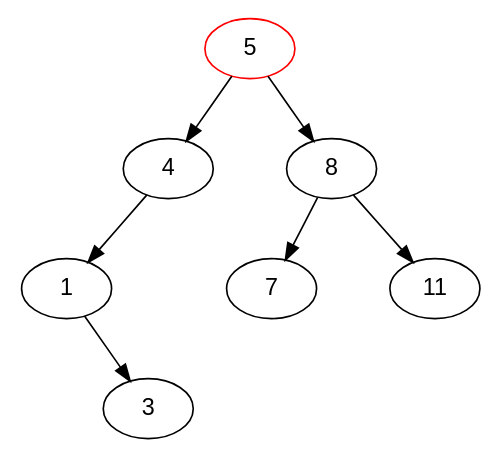
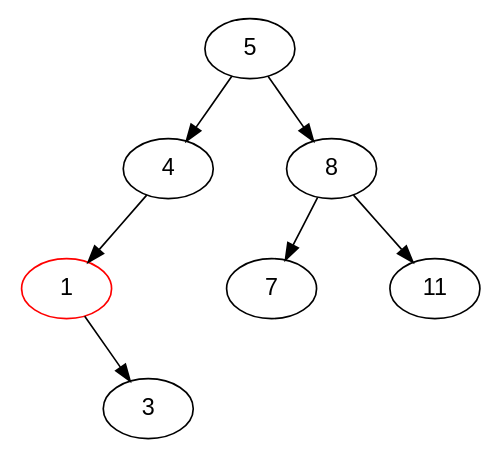
Before and after one commit to aaronbloomfield/pdr: the diagram in slides/graphs/bst-9.dot, drawn with Graphviz. The commit also changed 26 other files, not shown here.

```diff
--- a/slides/graphs/bst-9.dot
+++ b/slides/graphs/bst-9.dot
@@ -1,32 +1,32 @@
 digraph G {
 	graph [fontname = "Helvetica"];
 	node [fontname = "Helvetica"];
 	edge [fontname = "Helvetica"];
 
-	5 [color=red];
 	5 -> 4;
 	null1 [label="", width=0.1, style=invis];
 	5 -> null1 [style=invis];
 	5 -> 8;
 	{rank=same 4 -> null1 -> 8 [style=invis]};
 	
+	1 [color=red];
 	4 -> 1;
 	null2 [label="", width=0.1, style=invis];
 	4 -> null2 [style=invis];
 	null3 [label="", width=0.1, style=invis];
 	4 -> null3 [style=invis];
 	{rank=same 1 -> null2 -> null3 [style=invis]};
 	
 	null4 [label="", width=0.1, style=invis];
 	1 -> null4 [style=invis];
 	null5 [label="", width=0.1, style=invis];
 	1 -> null5 [style=invis];
 	1 -> 3;
 	{rank=same null4 -> null5 -> 3 [style=invis]};
 
 	8 -> 7;
 	null6 [label="", width=0.1, style=invis];
 	8 -> null6 [style=invis];
 	8 -> 11;
 	{rank=same 7 -> null6 -> 11 [style=invis]};
 }
```
